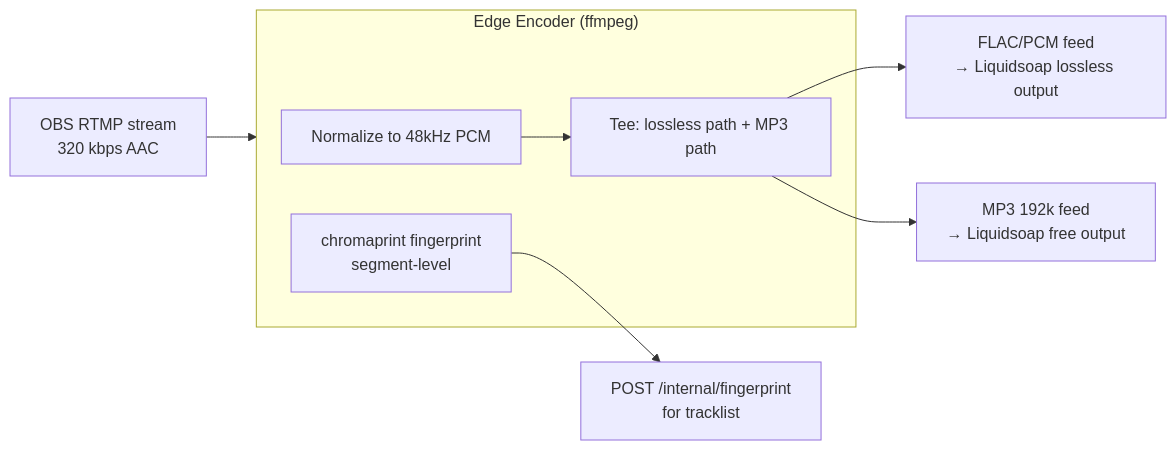
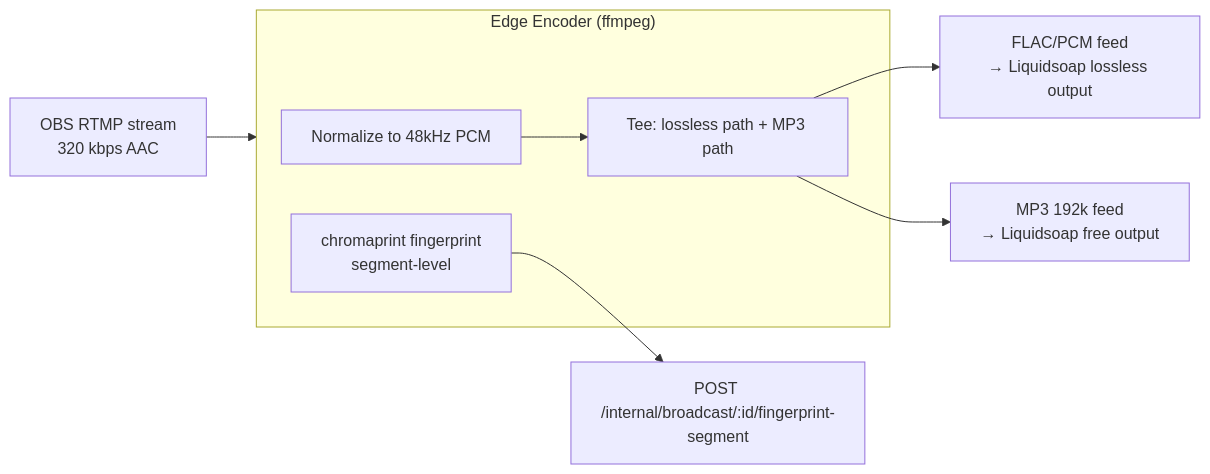
The second of 6 diagrams in docs/technical/streaming-architecture.md (janiluuk/tahti-org), drawn with Mermaid before and after one commit. The commit also changed other lines of this file and 12 other files, not shown here.

````diff
--- a/docs/technical/streaming-architecture.md
+++ b/docs/technical/streaming-architecture.md
@@ -115,13 +115,13 @@
 ```mermaid
 flowchart LR
     OBS[OBS RTMP stream\n320 kbps AAC] --> EE
     subgraph EE["Edge Encoder (ffmpeg)"]
         NORM[Normalize to 48kHz PCM]
         SPLIT[Tee: lossless path + MP3 path]
         FP[chromaprint fingerprint\nsegment-level]
     end
     NORM --> SPLIT
     SPLIT --> FLAC_FEED[FLAC/PCM feed\n→ Liquidsoap lossless output]
     SPLIT --> MP3_FEED[MP3 192k feed\n→ Liquidsoap free output]
-    FP --> API[POST /internal/fingerprint\nfor tracklist]
+    FP --> API[POST /internal/broadcast/:id/fingerprint-segment]
 ```
````
